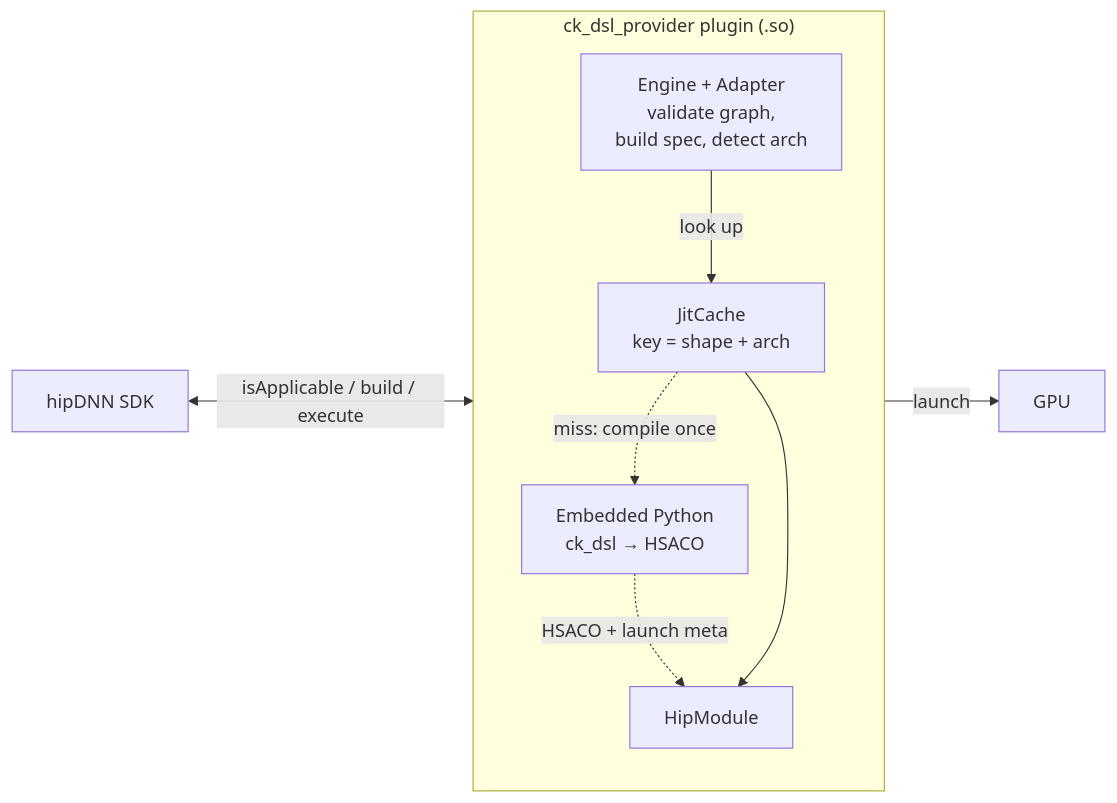
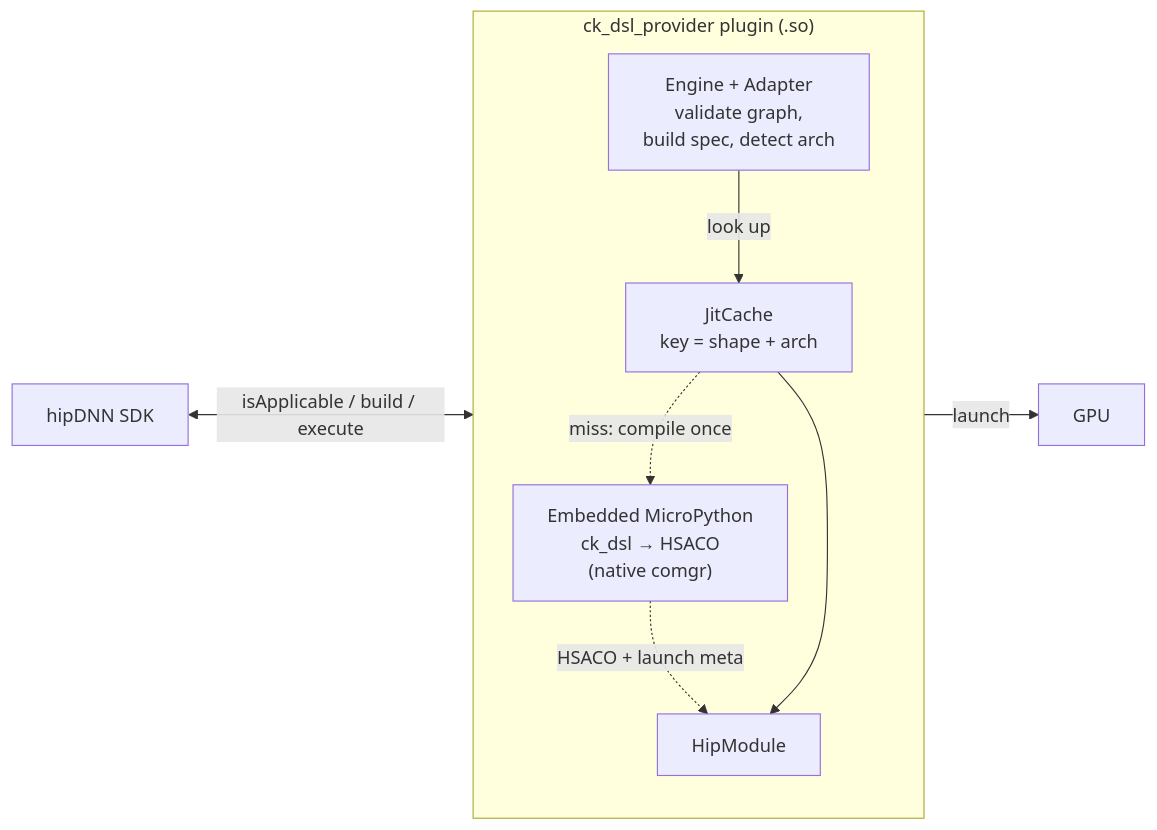
Before and after one commit to ROCm/rocm-libraries: the first of 4 diagrams in dnn-providers/ck-dsl-provider/README.md, drawn with Mermaid. The commit also changed other lines of this file, not shown here.

First line of the commit message:
[CK DSL] Update provider README for the MicroPython embedding

````diff
--- a/dnn-providers/ck-dsl-provider/README.md
+++ b/dnn-providers/ck-dsl-provider/README.md
@@ -35,19 +41,19 @@
 ```mermaid
 flowchart LR
     SDK["hipDNN SDK"]
 
     subgraph plugin["ck_dsl_provider plugin (.so)"]
         direction TB
         Front["Engine + Adapter<br/>validate graph,<br/>build spec, detect arch"]
         Cache["JitCache<br/>key = shape + arch"]
-        Py["Embedded Python<br/>ck_dsl → HSACO"]
+        Py["Embedded MicroPython<br/>ck_dsl → HSACO<br/>(native comgr)"]
         Mod["HipModule"]
     end
 
     SDK <-->|isApplicable / build / execute| Front
     Front -->|look up| Cache
     Cache -.->|miss: compile once| Py
     Py -.->|HSACO + launch meta| Mod
     Cache --> Mod
     Mod -->|launch| GPU["GPU"]
 ```
````
